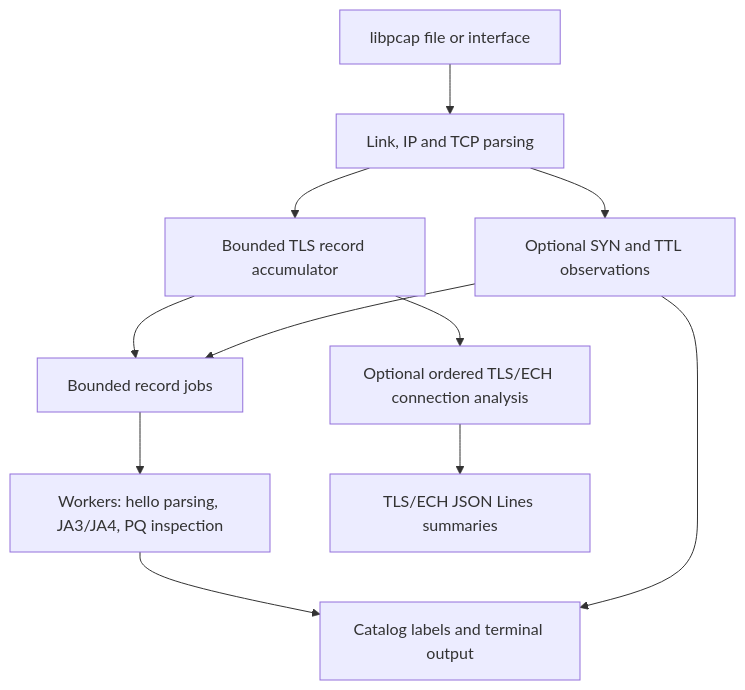
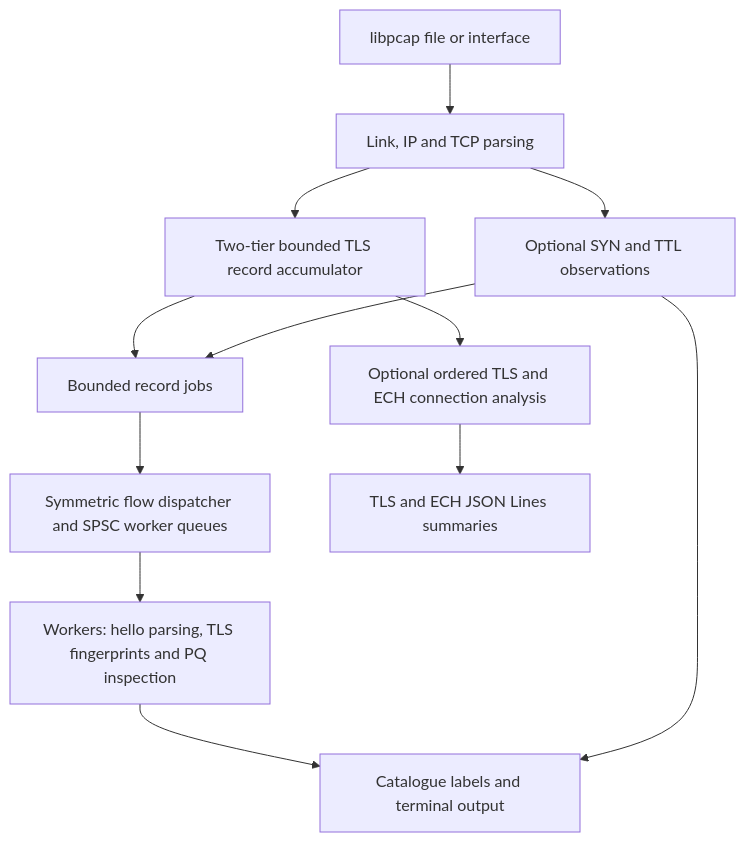
The diagram in Phase 2/report/report.md (Ujas-PersistentCoder/CS331-T014-TLS_Fingerprinting), drawn with Mermaid before and after one commit. The commit also changed other lines of this file, not shown here.

````diff
--- a/Phase 2/report/report.md
+++ b/Phase 2/report/report.md
@@ -78,13 +34,14 @@
 ```mermaid
 flowchart TD
     A["libpcap file or interface"] --> B["Link, IP and TCP parsing"]
-    B --> C["Bounded TLS record accumulator"]
+    B --> C["Two-tier bounded TLS record accumulator"]
     B --> D["Optional SYN and TTL observations"]
     C --> E["Bounded record jobs"]
     D --> E
-    E --> F["Workers: hello parsing, JA3/JA4, PQ inspection"]
-    F --> G["Catalog labels and terminal output"]
-    D --> G
-    C --> H["Optional ordered TLS/ECH connection analysis"]
-    H --> I["TLS/ECH JSON Lines summaries"]
+    E --> F["Symmetric flow dispatcher and SPSC worker queues"]
+    F --> G["Workers: hello parsing, TLS fingerprints and PQ inspection"]
+    G --> H["Catalogue labels and terminal output"]
+    D --> H
+    C --> I["Optional ordered TLS and ECH connection analysis"]
+    I --> J["TLS and ECH JSON Lines summaries"]
 ```
````
